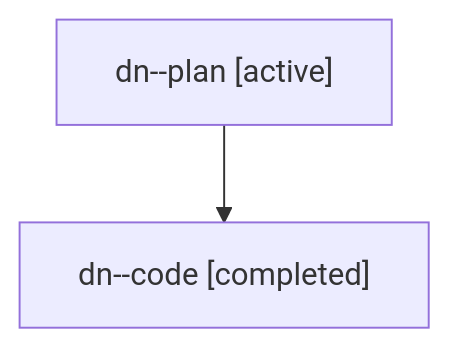
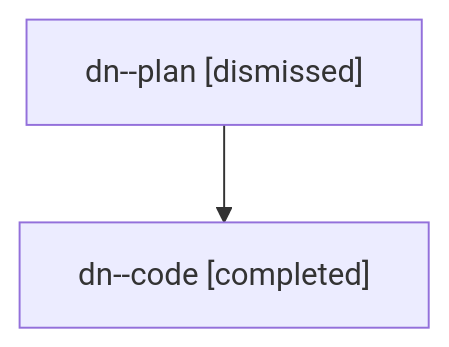
Before and after one commit to sase-org/sase--agents: the diagram in sessions/bbugyi200.athena.dn.md, drawn with Mermaid. The commit also changed other lines of this file and 24 other files, not shown here.

````diff
--- a/sessions/bbugyi200.athena.dn.md
+++ b/sessions/bbugyi200.athena.dn.md
@@ -9,6 +9,6 @@
 ```mermaid
 flowchart TD
-  n0["dn--plan [active]"]
+  n0["dn--plan [dismissed]"]
   n1["dn--code [completed]"]
   n0 --> n1
 ```
````
